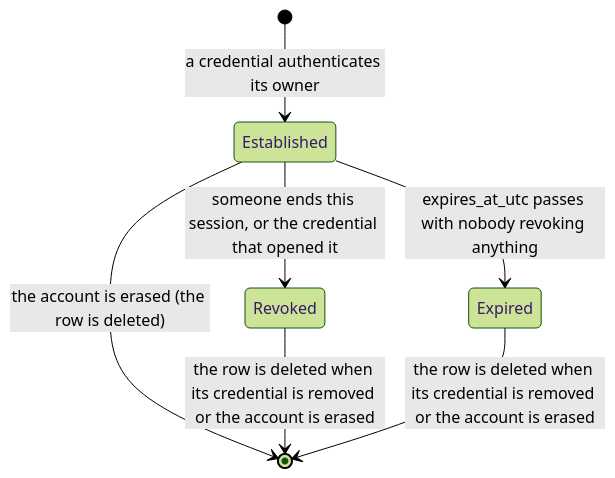
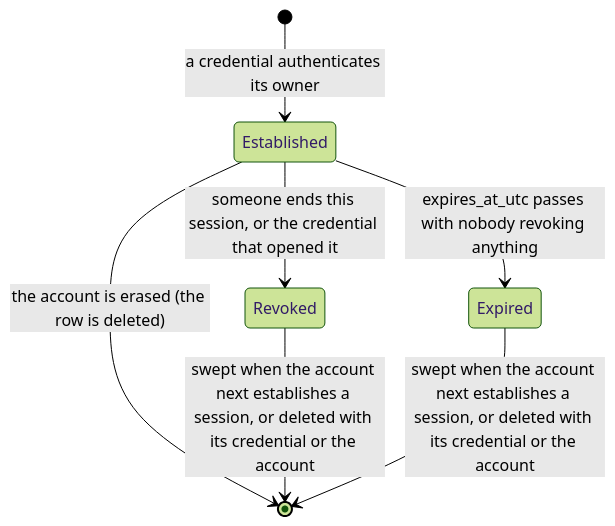
Before and after one commit to anton-kochev/budgetoid: the second of 3 diagrams in docs/business-logic/sessions.md, drawn with Mermaid (forest theme). The commit also changed other lines of this file and 34 other files, not shown here.

````diff
--- a/docs/business-logic/sessions.md
+++ b/docs/business-logic/sessions.md
@@ -1108,9 +1176,9 @@
 ```mermaid
 stateDiagram-v2
     [*] --> Established : a credential authenticates its owner
     Established --> Revoked : someone ends this session, or the credential that opened it
     Established --> Expired : expires_at_utc passes with nobody revoking anything
     Established --> [*] : the account is erased (the row is deleted)
-    Revoked --> [*] : the row is deleted when its credential is removed or the account is erased
-    Expired --> [*] : the row is deleted when its credential is removed or the account is erased
+    Revoked --> [*] : swept when the account next establishes a session, or deleted with its credential or the account
+    Expired --> [*] : swept when the account next establishes a session, or deleted with its credential or the account
 ```
````
